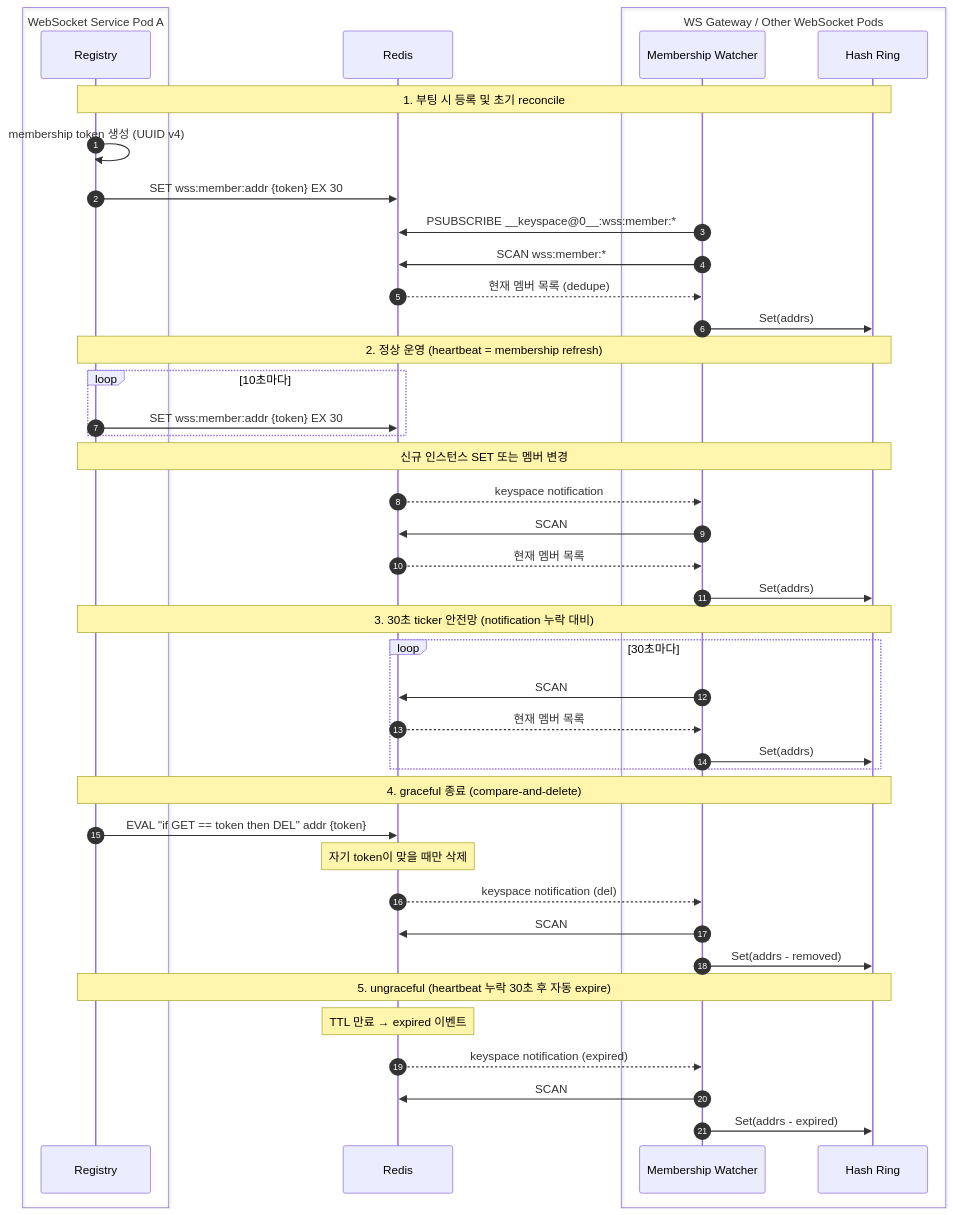
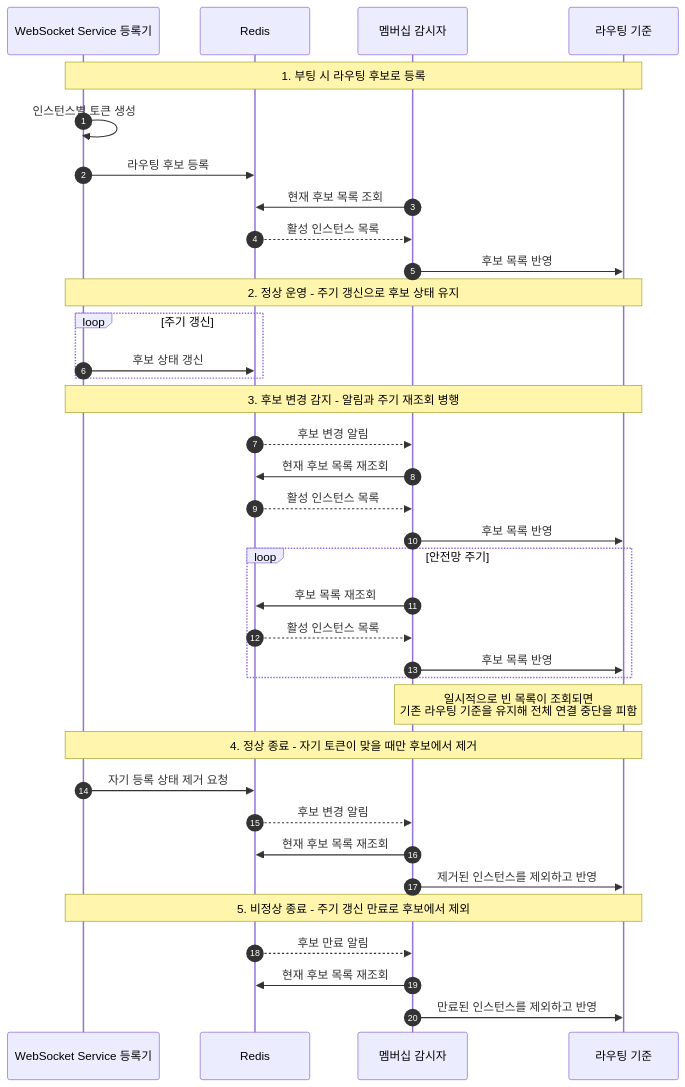
One commit to happyhun/go-chat-msa changed the diagram in docs/diagrams/seq-membership-sync.mmd. Above: the diagram before and after it, drawn with Mermaid. The commit also changed 11 other files, not shown here.

Commit message:
docs: 다이어그램 흐름 정리

```diff
--- a/docs/diagrams/seq-membership-sync.mmd
+++ b/docs/diagrams/seq-membership-sync.mmd
@@ -1,52 +1,43 @@
 sequenceDiagram
     autonumber
 
-    box WebSocket Service Pod A
-        participant Reg1 as Registry
+    participant Registry as WebSocket Service 등록기
+    participant Redis as Redis
+    participant Watcher as 멤버십 감시자
+    participant Ring as 라우팅 기준
+
+    Note over Registry, Ring: 1. 부팅 시 라우팅 후보로 등록
+    Registry->>Registry: 인스턴스별 토큰 생성
+    Registry->>Redis: 라우팅 후보 등록
+    Watcher->>Redis: 현재 후보 목록 조회
+    Redis-->>Watcher: 활성 인스턴스 목록
+    Watcher->>Ring: 후보 목록 반영
+
+    Note over Registry, Ring: 2. 정상 운영 - 주기 갱신으로 후보 상태 유지
+    loop 주기 갱신
+        Registry->>Redis: 후보 상태 갱신
     end
 
-    participant Redis as Redis
+    Note over Registry, Ring: 3. 후보 변경 감지 - 알림과 주기 재조회 병행
+    Redis-->>Watcher: 후보 변경 알림
+    Watcher->>Redis: 현재 후보 목록 재조회
+    Redis-->>Watcher: 활성 인스턴스 목록
+    Watcher->>Ring: 후보 목록 반영
 
-    box WS Gateway / Other WebSocket Pods
-        participant Watcher as Membership Watcher
-        participant Ring as Hash Ring
+    loop 안전망 주기
+        Watcher->>Redis: 후보 목록 재조회
+        Redis-->>Watcher: 활성 인스턴스 목록
+        Watcher->>Ring: 후보 목록 반영
     end
+    Note over Watcher, Ring: 일시적으로 빈 목록이 조회되면<br/>기존 라우팅 기준을 유지해 전체 연결 중단을 피함
 
-    Note over Reg1, Ring: 1. 부팅 시 등록 및 초기 reconcile
-    Reg1->>Reg1: membership token 생성 (UUID v4)
-    Reg1->>Redis: SET wss:member:addr {token} EX 30
-    Watcher->>Redis: PSUBSCRIBE __keyspace@0__:wss:member:*
-    Watcher->>Redis: SCAN wss:member:*
-    Redis-->>Watcher: 현재 멤버 목록 (dedupe)
-    Watcher->>Ring: Set(addrs)
+    Note over Registry, Ring: 4. 정상 종료 - 자기 토큰이 맞을 때만 후보에서 제거
+    Registry->>Redis: 자기 등록 상태 제거 요청
+    Redis-->>Watcher: 후보 변경 알림
+    Watcher->>Redis: 현재 후보 목록 재조회
+    Watcher->>Ring: 제거된 인스턴스를 제외하고 반영
 
-    Note over Reg1, Ring: 2. 정상 운영 (heartbeat = membership refresh)
-    loop 10초마다
-        Reg1->>Redis: SET wss:member:addr {token} EX 30
-    end
-
-    Note over Reg1, Ring: 신규 인스턴스 SET 또는 멤버 변경
-    Redis-->>Watcher: keyspace notification
-    Watcher->>Redis: SCAN
-    Redis-->>Watcher: 현재 멤버 목록
-    Watcher->>Ring: Set(addrs)
-
-    Note over Reg1, Ring: 3. 30초 ticker 안전망 (notification 누락 대비)
-    loop 30초마다
-        Watcher->>Redis: SCAN
-        Redis-->>Watcher: 현재 멤버 목록
-        Watcher->>Ring: Set(addrs)
-    end
-
-    Note over Reg1, Ring: 4. graceful 종료 (compare-and-delete)
-    Reg1->>Redis: EVAL "if GET == token then DEL" addr {token}
-    Note over Redis: 자기 token이 맞을 때만 삭제
-    Redis-->>Watcher: keyspace notification (del)
-    Watcher->>Redis: SCAN
-    Watcher->>Ring: Set(addrs - removed)
-
-    Note over Reg1, Ring: 5. ungraceful (heartbeat 누락 30초 후 자동 expire)
-    Note over Redis: TTL 만료 → expired 이벤트
-    Redis-->>Watcher: keyspace notification (expired)
-    Watcher->>Redis: SCAN
-    Watcher->>Ring: Set(addrs - expired)
+    Note over Registry, Ring: 5. 비정상 종료 - 주기 갱신 만료로 후보에서 제외
+    Redis-->>Watcher: 후보 만료 알림
+    Watcher->>Redis: 현재 후보 목록 재조회
+    Watcher->>Ring: 만료된 인스턴스를 제외하고 반영
```
